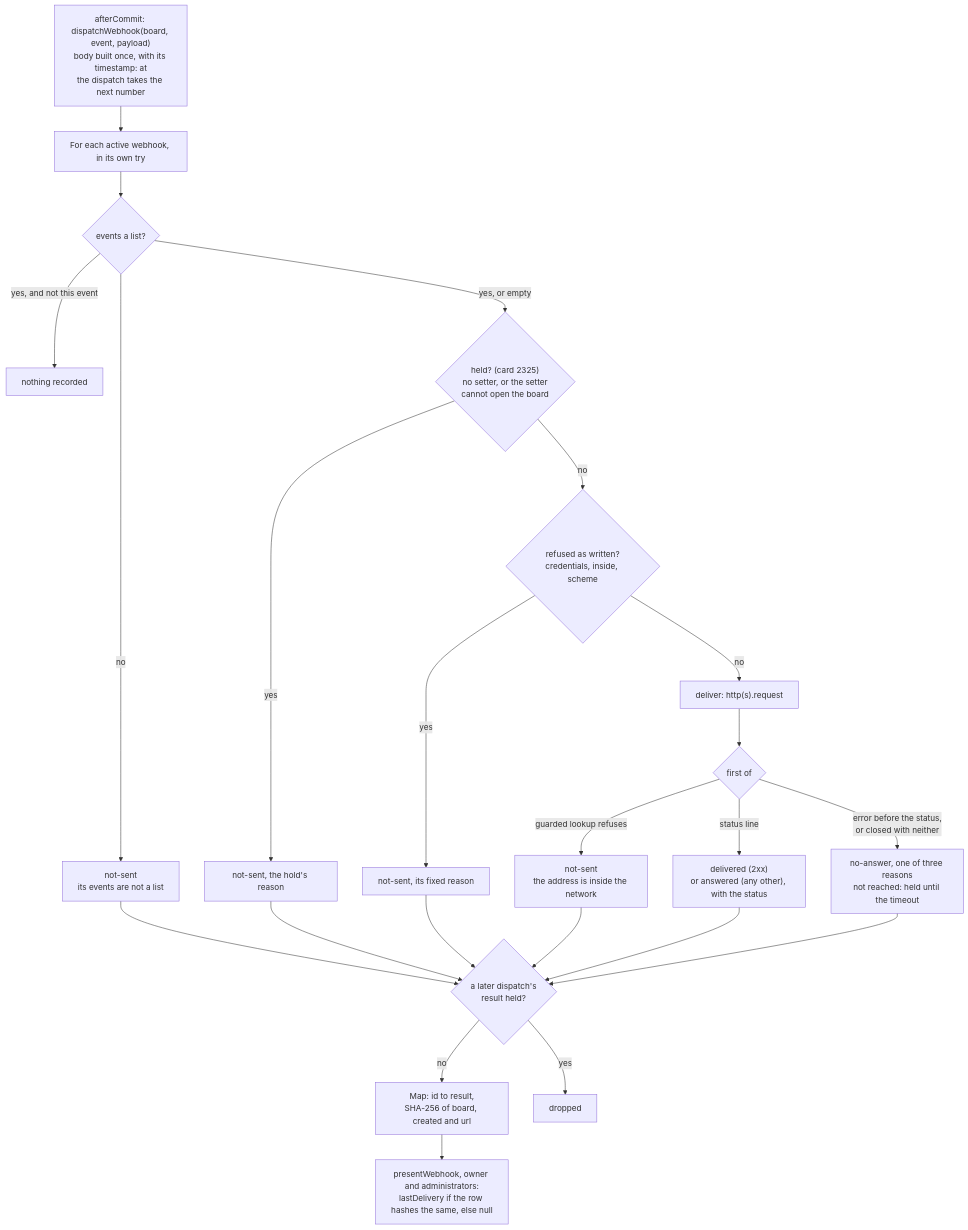
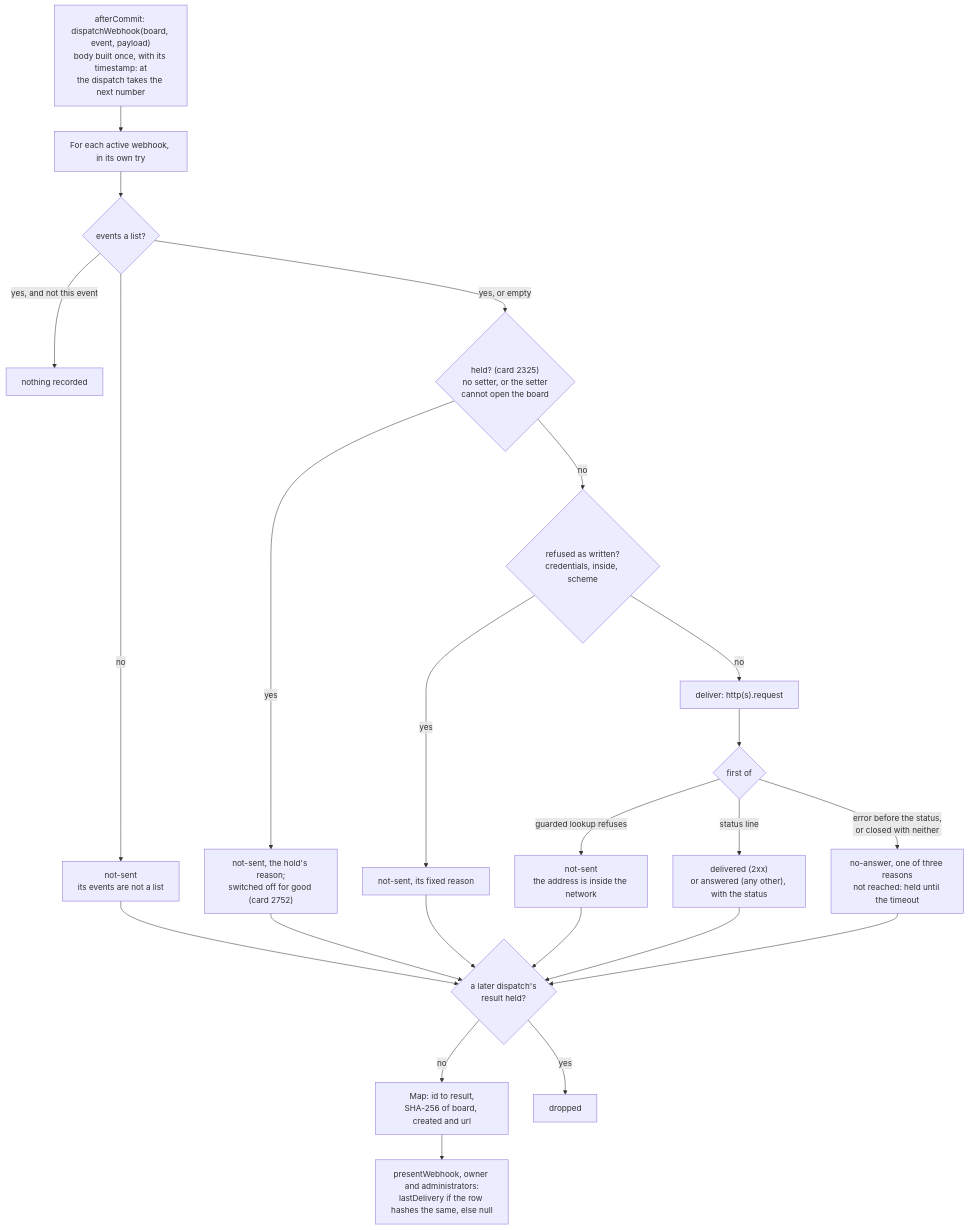
Before and after one commit to gitBoon/DumpFire: diagram 35 of 43 in docs/notifications-email.md, drawn with Mermaid. The commit also changed other lines of this file and 44 other files, not shown here.

````diff
--- a/docs/notifications-email.md
+++ b/docs/notifications-email.md
@@ -2698,25 +2700,25 @@
 ```mermaid
 flowchart TD
     Event["afterCommit: dispatchWebhook(board, event, payload)<br/>body built once, with its timestamp: at<br/>the dispatch takes the next number"] --> Each["For each active webhook, in its own try"]
     Each --> Asks{"events a list?"}
     Asks -->|"no"| R1["not-sent<br/>its events are not a list"]
     Asks -->|"yes, and not this event"| Skip["nothing recorded"]
     Asks -->|"yes, or empty"| Held{"held? (card 2325)<br/>no setter, or the setter<br/>cannot open the board"}
-    Held -->|"yes"| R0["not-sent, the hold's reason"]
+    Held -->|"yes"| R0["not-sent, the hold's reason;<br/>switched off for good (card 2752)"]
     Held -->|"no"| Written{"refused as written?<br/>credentials, inside, scheme"}
     Written -->|"yes"| R2["not-sent, its fixed reason"]
     Written -->|"no"| Deliver["deliver: http(s).request"]
     Deliver --> First{"first of"}
     First -->|"guarded lookup refuses"| R3["not-sent<br/>the address is inside the network"]
     First -->|"status line"| R4["delivered (2xx)<br/>or answered (any other), with the status"]
     First -->|"error before the status,<br/>or closed with neither"| R5["no-answer, one of three reasons<br/>not reached: held until the timeout"]
     R1 --> Keep{"a later dispatch's<br/>result held?"}
     R0 --> Keep
     R2 --> Keep
     R3 --> Keep
     R4 --> Keep
     R5 --> Keep
     Keep -->|"no"| Store["Map: id to result,<br/>SHA-256 of board, created and url"]
     Keep -->|"yes"| Drop["dropped"]
     Store --> Read["presentWebhook, owner and administrators:<br/>lastDelivery if the row hashes the same, else null"]
 ```
````
